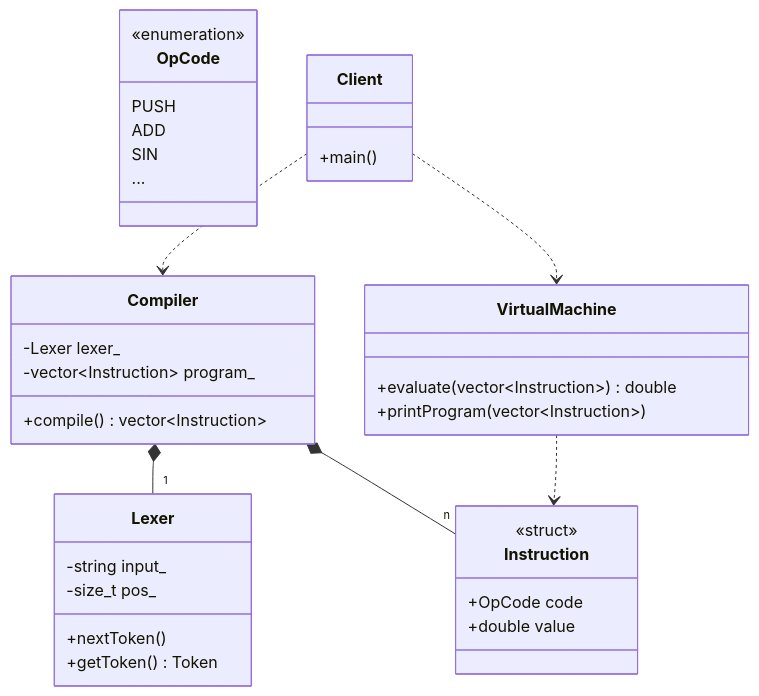
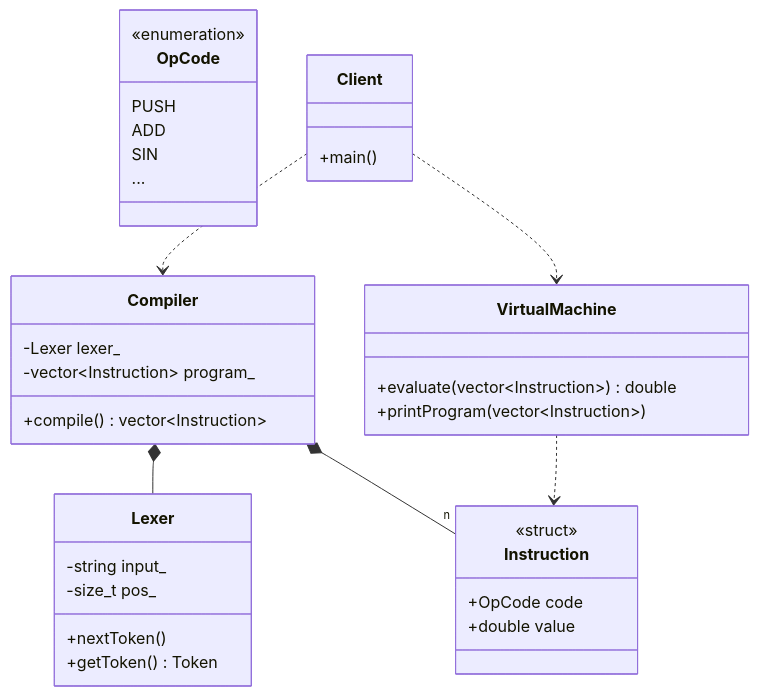
One commit to Cichlidfishexigency721/Modern-CPP-Design-Patterns changed the diagram in 20_Interpreter/Interpreter_Stack_Machine/diagram.md. Above: the diagram before and after it, drawn with Mermaid. The commit also changed 1 other file, not shown here.

Commit message:
UML improvement

````diff
--- a/20_Interpreter/Interpreter_Stack_Machine/diagram.md
+++ b/20_Interpreter/Interpreter_Stack_Machine/diagram.md
@@ -3,46 +3,46 @@
 ```mermaid
 classDiagram
     class OpCode {
         <<enumeration>>
         PUSH
         ADD
         SIN
         ...
     }
 
     class Instruction {
         <<struct>>
         +OpCode code
         +double value
     }
 
     class Lexer {
         -string input_
         -size_t pos_
         +nextToken()
         +getToken() Token
     }
 
     class Compiler {
         -Lexer lexer_
         -vector~Instruction~ program_
         +compile() vector~Instruction~
     }
 
     class VirtualMachine {
         +evaluate(vector~Instruction~) double
         +printProgram(vector~Instruction~)
     }
 
     class Client {
         +main()
     }
 
-    Compiler *-- "1" Lexer
+    Compiler *-- Lexer
     Compiler *-- "n" Instruction
     
     VirtualMachine ..> Instruction
     
     Client ..> Compiler
     Client ..> VirtualMachine
 ```
````
